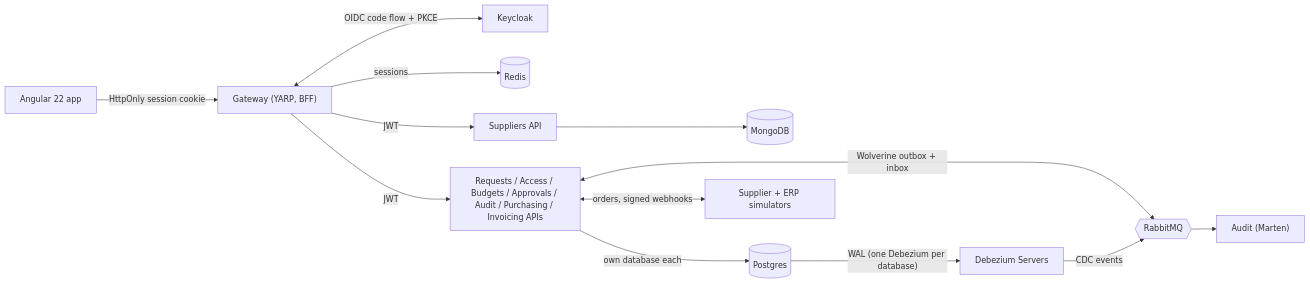
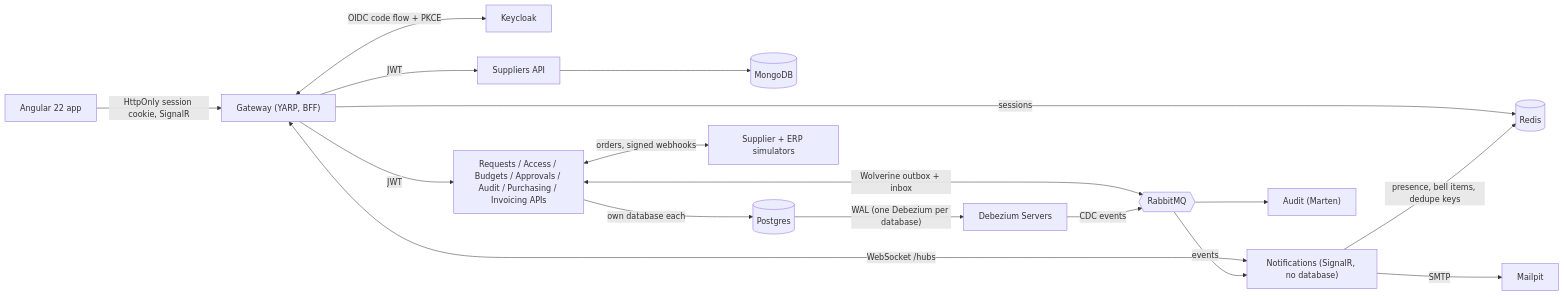
The first of 3 diagrams in README.md (modefan/procure-ai), drawn with Mermaid before and after one commit. The commit also changed other lines of this file and 7 other files, not shown here.

Commit message:
docs: README gets the app screens, live updates and presence, conditional GETs, Notifications without a database and measured resource needs (plan 04 Task 9b)

````diff
--- a/README.md
+++ b/README.md
@@ -20,15 +23,19 @@
 ```mermaid
 flowchart LR
-    Browser["Angular 22 app"] -->|"HttpOnly session cookie"| GW["Gateway (YARP, BFF)"]
+    Browser["Angular 22 app"] -->|"HttpOnly session cookie, SignalR"| GW["Gateway (YARP, BFF)"]
     GW <-->|"OIDC code flow + PKCE"| KC["Keycloak"]
     GW -->|"sessions"| Redis[("Redis")]
     GW -->|"JWT"| Svc["Requests / Access / Budgets / Approvals / Audit / Purchasing / Invoicing APIs"]
     GW -->|"JWT"| Sup["Suppliers API"]
+    GW <-->|"WebSocket /hubs"| Notif["Notifications (SignalR, no database)"]
+    Notif -->|"presence, bell items, dedupe keys"| Redis
+    MQ -->|"events"| Notif
+    Notif -->|"SMTP"| Mail["Mailpit"]
     Sup --> Mongo[("MongoDB")]
     Svc -->|"own database each"| PG[("Postgres")]
     Svc <-->|"orders, signed webhooks"| Sim["Supplier + ERP simulators"]
     Svc <-->|"Wolverine outbox + inbox"| MQ{{"RabbitMQ"}}
     PG -->|"WAL (one Debezium per database)"| DBZ["Debezium Servers"]
     DBZ -->|"CDC events"| MQ
     MQ --> Audit["Audit (Marten)"]
 ```
````
